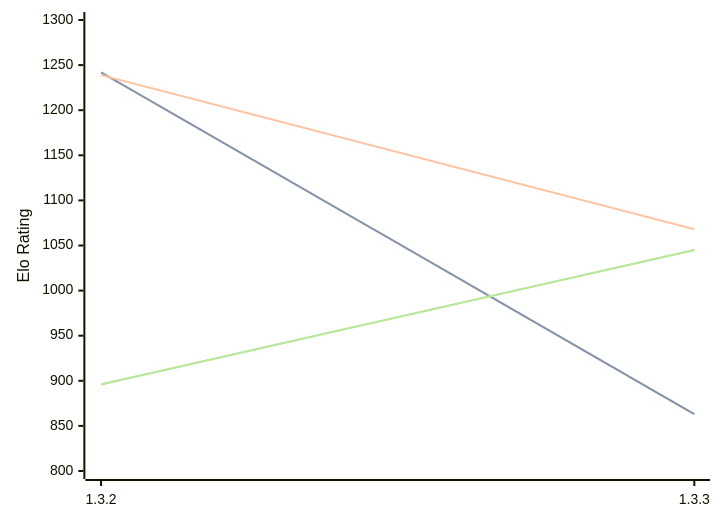
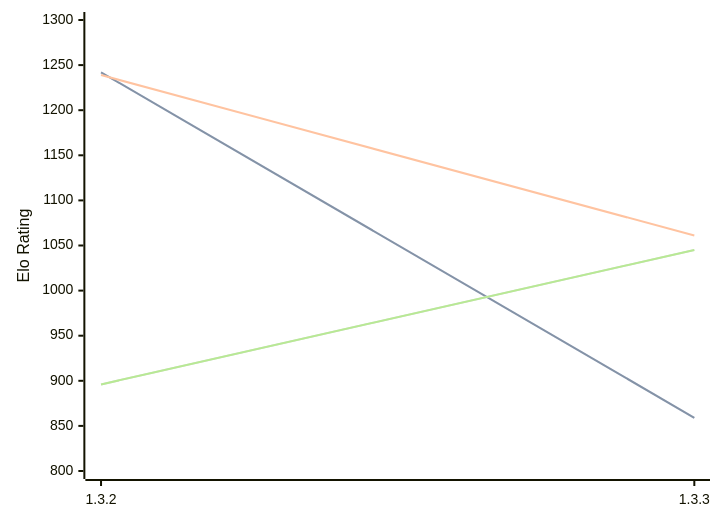
The diagram in engines/Whitespine.md (computer-chess-index/cci), drawn with Mermaid before and after one commit. The commit also changed other lines of this file, not shown here.

Commit message:
Update CCI Ratings (ELO VLTC) - 2026-04-21

````diff
--- a/engines/Whitespine.md
+++ b/engines/Whitespine.md
@@ -35,11 +35,11 @@
 ```mermaid
 %%{init: {"theme":"base","themeVariables":{"seriesColors:['#a3a3a3','#222221','#faa371']}}}%%
 xychart-beta
   x-axis ["1.3.2", "1.3.3"]
   y-axis "Elo Rating" 800 --> 1300
-  line "STC (8.0+0.08s)" [1242, 863]
-  line "STC (8.0+0.08s)" [1242, 863]
-  line "LTC (60.0+0.60s)" [1239, 1068]
+  line "STC (8.0+0.08s)" [1242, 859]
+  line "STC (8.0+0.08s)" [1242, 859]
+  line "LTC (60.0+0.60s)" [1239, 1061]
   line "VLTC (2m24s+1.12s)" [896, 1045]
   line "VLTC (2m24s+1.12s)" [896, 1045]
 ```
````
